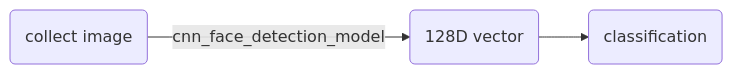
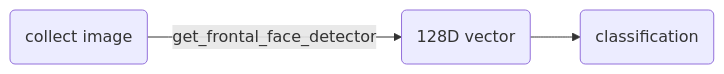
One commit to balaboom123/Recognition-System-Using-Deepspeaker-and-Dlib changed the diagram in README.md. Above: the diagram before and after it, drawn with Mermaid.

````diff
--- a/README.md
+++ b/README.md
@@ -15,5 +15,5 @@
 ```mermaid
 flowchart LR
-A(collect image) -->|cnn_face_detection_model| B(128D vector)
+A(collect image) -->|get_frontal_face_detector| B(128D vector)
 B --> C(classification)
 ```
````
